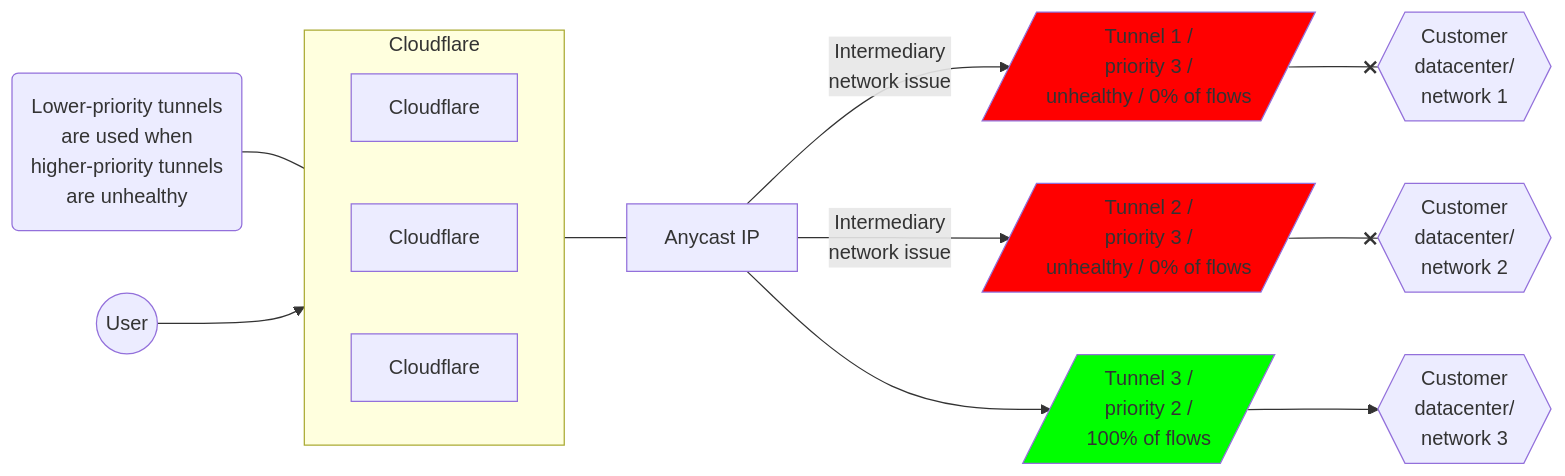
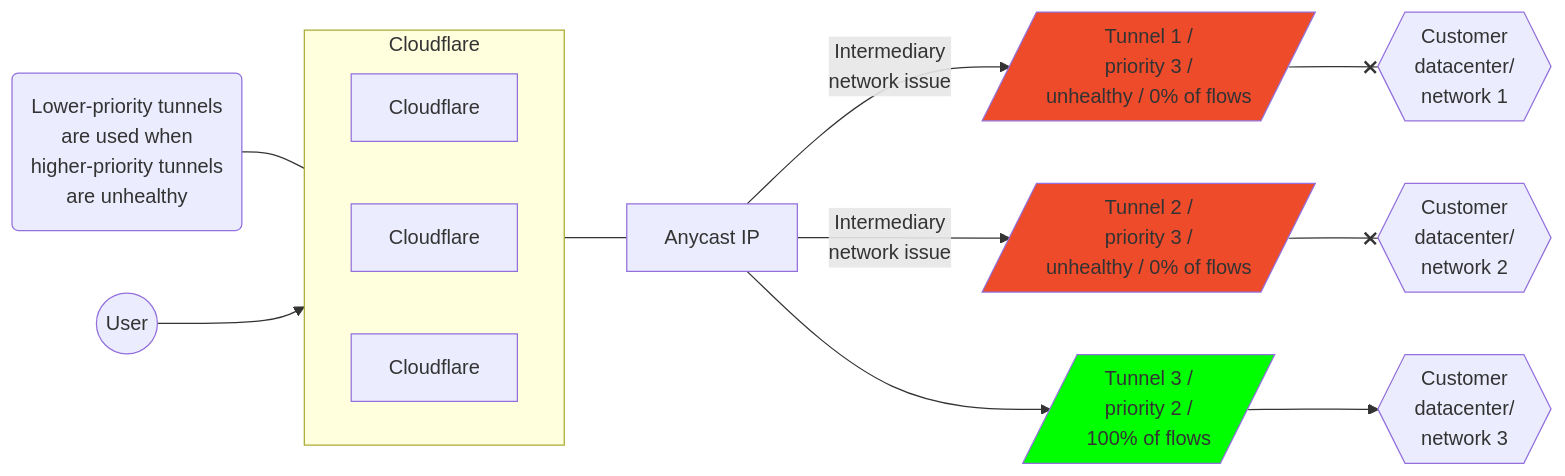
The fourth of 4 diagrams in content/magic-transit/_partials/_traffic-steering.md (cloudflare/cloudflare-docs), drawn with Mermaid before and after one commit. The commit also changed other lines of this file, not shown here.

Commit message:
chaged red color and removed link styling

````diff
--- a/content/magic-transit/_partials/_traffic-steering.md
+++ b/content/magic-transit/_partials/_traffic-steering.md
@@ -115,22 +115,20 @@
 ```mermaid
 flowchart LR
 accTitle: Tunnels diagram
 accDescr: This example has Tunnel 1 and 2 unhealthy, and all traffic prioritized to Tunnel 3.
 
 subgraph Cloudflare
 direction LR
 B[Cloudflare]
 C[Cloudflare]
 D[Cloudflare]
 end
 
 Z(Lower-priority tunnels <br> are used when <br> higher-priority tunnels <br> are unhealthy) --- Cloudflare
 A((User)) --> Cloudflare --- E[Anycast IP]
 E[Anycast IP]  -- Intermediary <br> network issue -->  F[/Tunnel 1 / <br> priority 3 / <br> unhealthy / 0% of flows/]:::red --x I{{Customer <br> datacenter/ <br> network 1}}
 E[Anycast IP]  -- Intermediary <br> network issue -->  G[/Tunnel 2 / <br> priority 3 / <br> unhealthy / 0% of flows/]:::red --x J{{Customer <br> datacenter/ <br> network 2}}
 E[Anycast IP] -->  H[/Tunnel 3 / <br> priority 2 / <br> 100% of flows/]:::green --> K{{Customer <br> datacenter/ <br> network 3}}
-classDef red fill:#FF0000
+classDef red fill:#EE4B2B
 classDef green fill:#00FF00
-linkStyle 6 color:red
-linkStyle 8 color:red
 ```
````
